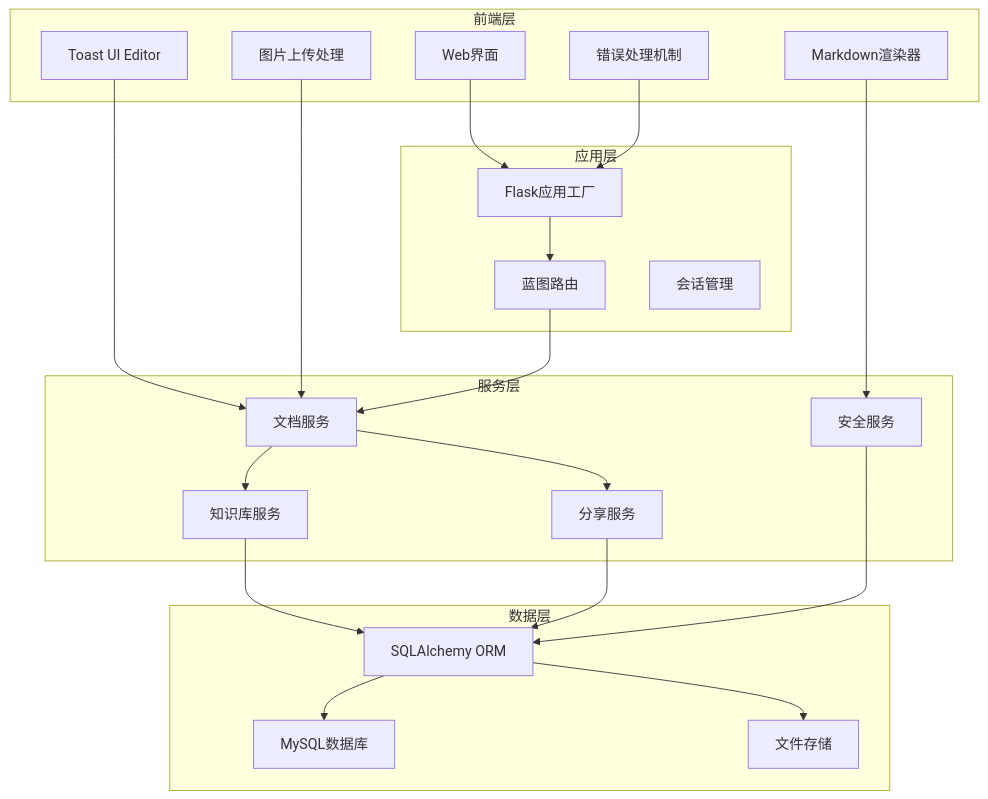
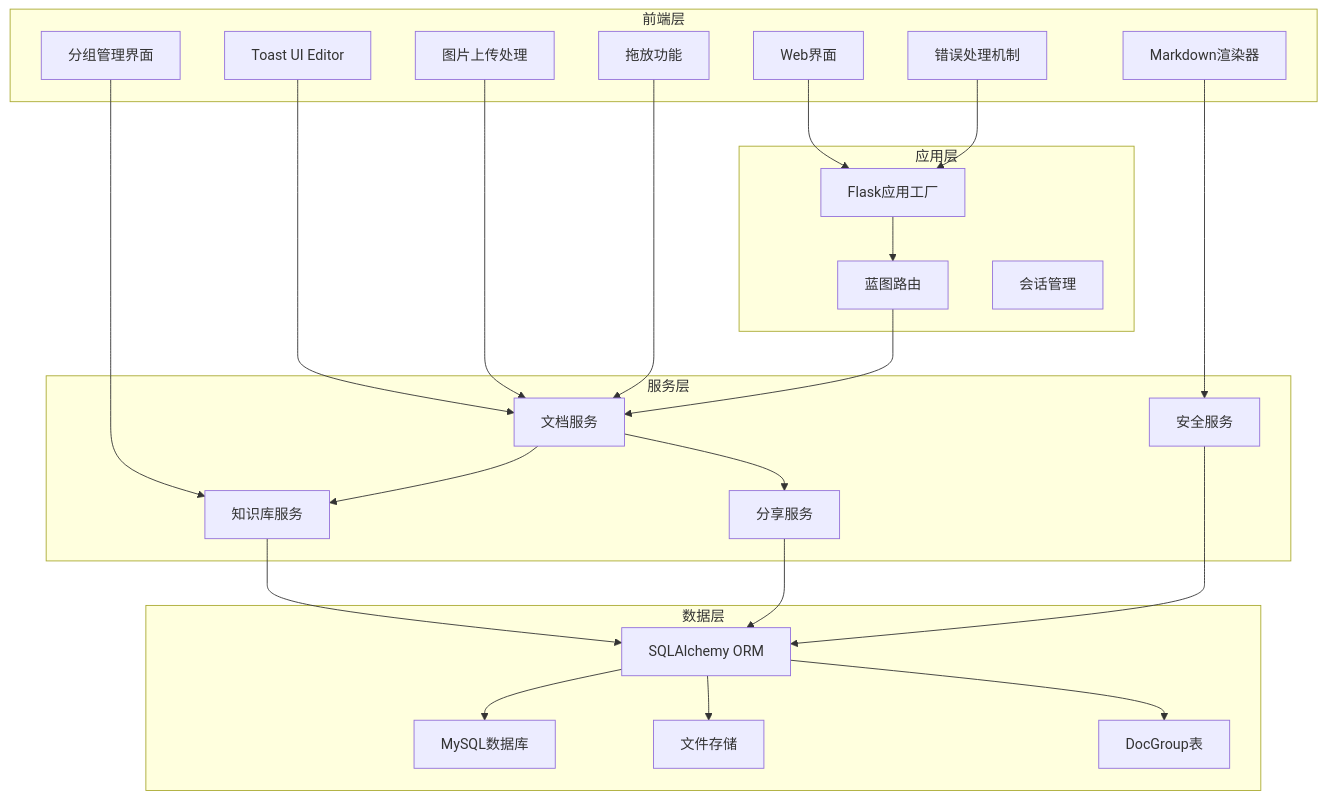
The fourth of 18 diagrams in .qoder/repowiki/zh/content/架构设计/蓝图系统设计/文档蓝图 (Document Blueprint).md (beyondalbert/my_wiki), drawn with Mermaid before and after one commit. The commit also changed other lines of this file and 5 other files, not shown here.

````diff
--- a/.qoder/repowiki/zh/content/架构设计/蓝图系统设计/文档蓝图 (Document Blueprint).md
+++ b/.qoder/repowiki/zh/content/架构设计/蓝图系统设计/文档蓝图 (Document Blueprint).md
@@ -267,40 +282,46 @@
 ```mermaid
 graph TB
 subgraph "前端层"
 A[Web界面]
 B[Toast UI Editor]
 C[Markdown渲染器]
 D[错误处理机制]
 E[图片上传处理]
+F[拖放功能]
+G[分组管理界面]
 end
 subgraph "应用层"
-F[Flask应用工厂]
-G[蓝图路由]
-H[会话管理]
+H[Flask应用工厂]
+I[蓝图路由]
+J[会话管理]
 end
 subgraph "服务层"
-I[文档服务]
-J[知识库服务]
-K[分享服务]
-L[安全服务]
+K[文档服务]
+L[知识库服务]
+M[分享服务]
+N[安全服务]
 end
 subgraph "数据层"
-M[SQLAlchemy ORM]
-N[MySQL数据库]
-O[文件存储]
+O[SQLAlchemy ORM]
+P[MySQL数据库]
+Q[文件存储]
+R[DocGroup表]
 end
-A --> F
-B --> I
-C --> L
-D --> F
-E --> I
-F --> G
-G --> I
-I --> J
+A --> H
+B --> K
+C --> N
+D --> H
+E --> K
+F --> K
+G --> L
+H --> I
 I --> K
-J --> M
+K --> L
 K --> M
-L --> M
-M --> N
+L --> O
 M --> O
+N --> O
+O --> P
+O --> Q
+O --> R
 ```
````
